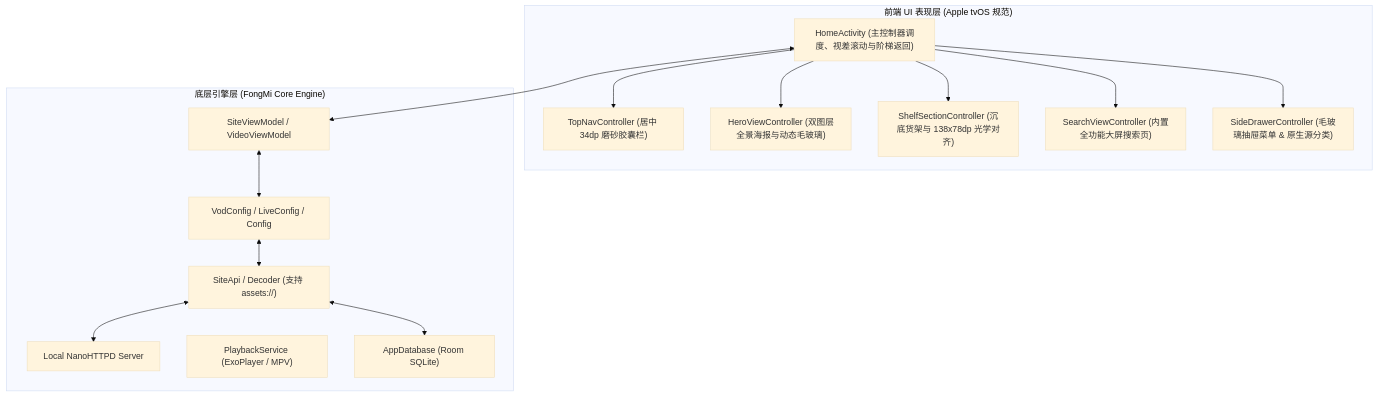
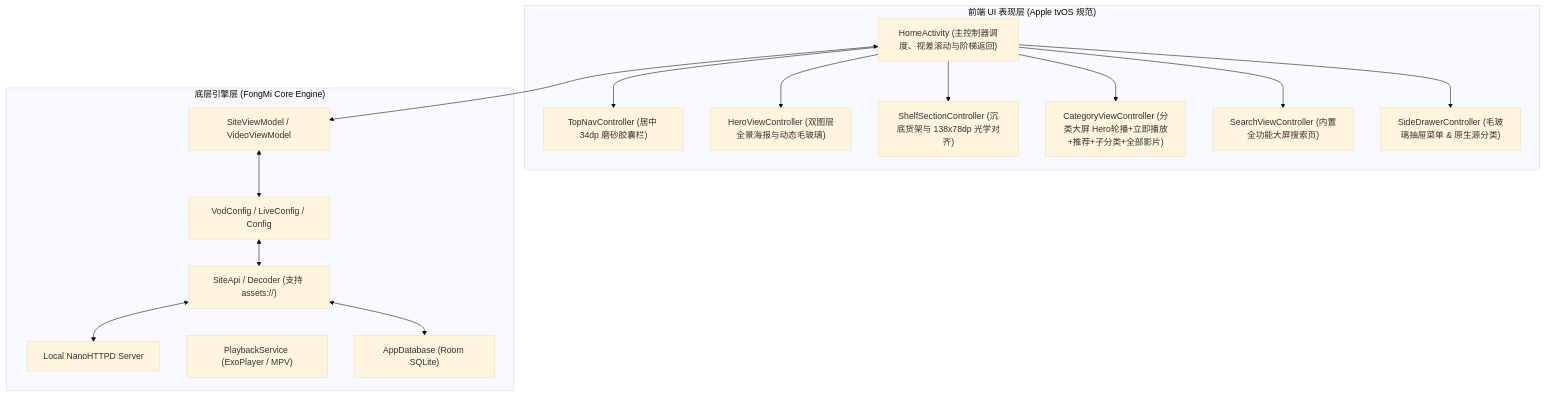
The diagram in HANDOVER.md (liujiawei-zuopin/apple-tvbox), drawn with Mermaid (base theme) before and after one commit. The commit also changed other lines of this file and 15 other files, not shown here.

````diff
--- a/HANDOVER.md
+++ b/HANDOVER.md
@@ -16,31 +16,33 @@
 ```mermaid
 graph TD
     subgraph Frontend_UI_Layer ["前端 UI 表现层 (Apple tvOS 规范)"]
         TopNav["TopNavController (居中 34dp 磨砂胶囊栏)"]
         Hero["HeroViewController (双图层全景海报与动态毛玻璃)"]
         Shelf["ShelfSectionController (沉底货架与 138x78dp 光学对齐)"]
+        Category["CategoryViewController (分类大屏 Hero轮播+立即播放+推荐+子分类+全部影片)"]
         Search["SearchViewController (内置全功能大屏搜索页)"]
         Drawer["SideDrawerController (毛玻璃抽屉菜单 & 原生源分类)"]
         HomeAct["HomeActivity (主控制器调度、视差滚动与阶梯返回)"]
         HomeAct --> TopNav
         HomeAct --> Hero
         HomeAct --> Shelf
+        HomeAct --> Category
         HomeAct --> Search
         HomeAct --> Drawer
     end
 
     subgraph Backend_Engine_Layer ["底层引擎层 (FongMi Core Engine)"]
         SiteVM["SiteViewModel / VideoViewModel"]
         VodCfg["VodConfig / LiveConfig / Config"]
         SiteAPI["SiteApi / Decoder (支持 assets://)"]
         NanoSvr["Local NanoHTTPD Server"]
         PlayerSvc["PlaybackService (ExoPlayer / MPV)"]
         RoomDB["AppDatabase (Room SQLite)"]
     end
 
     HomeAct <--> SiteVM
     SiteVM <--> VodCfg
     VodCfg <--> SiteAPI
     SiteAPI <--> NanoSvr
     SiteAPI <--> RoomDB
 ```
````
